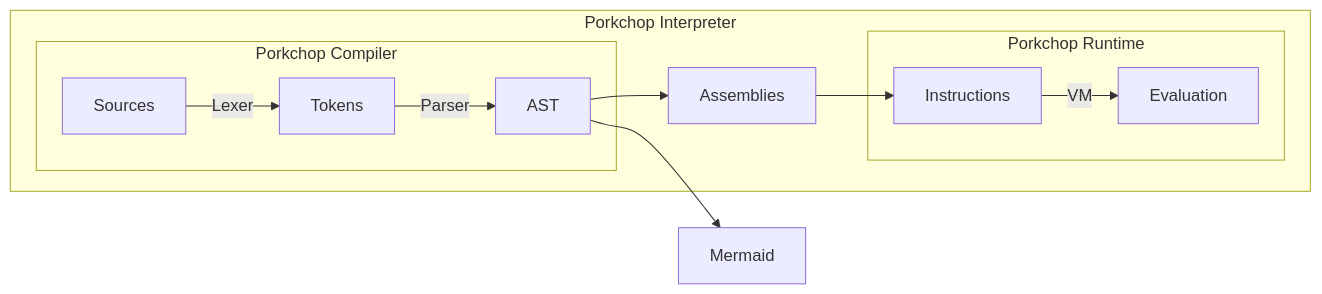
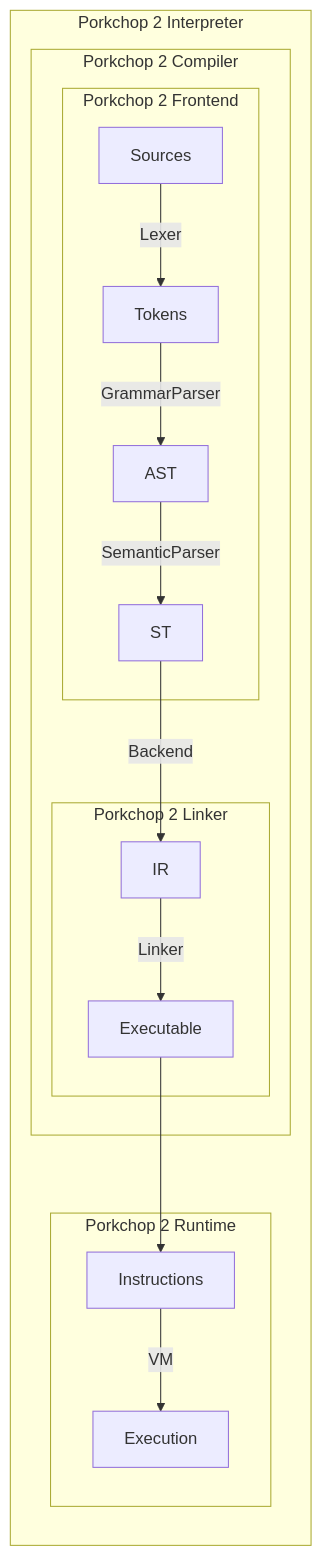
The diagram in README.md (Yaossg/Porkchop), drawn with Mermaid before and after one commit. The commit also changed other lines of this file, not shown here.

````diff
--- a/README.md
+++ b/README.md
@@ -17,23 +3,20 @@
 ```mermaid
 graph LR
 
-AST-->Mermaid
+subgraph Porkchop 2 Interpreter
 
-subgraph Porkchop Interpreter
+subgraph Porkchop 2 Compiler
 
-subgraph Porkchop Compiler
-Sources-->|Lexer|Tokens-->|Parser|AST
-
-
+subgraph Porkchop 2 Frontend
+Sources-->|Lexer|Tokens-->|GrammarParser|AST-->|SemanticParser|ST
 end
-
-
-AST-->Assemblies-->Instructions
-
-subgraph Porkchop Runtime
-Instructions-->|VM|Evaluation
+subgraph Porkchop 2 Linker
+ST-->|Backend|IR-->|Linker|Executable
+end
+end
+subgraph Porkchop 2 Runtime
+Executable-->Instructions-->|VM|Execution
 end
 
 end
-
 ```
````
